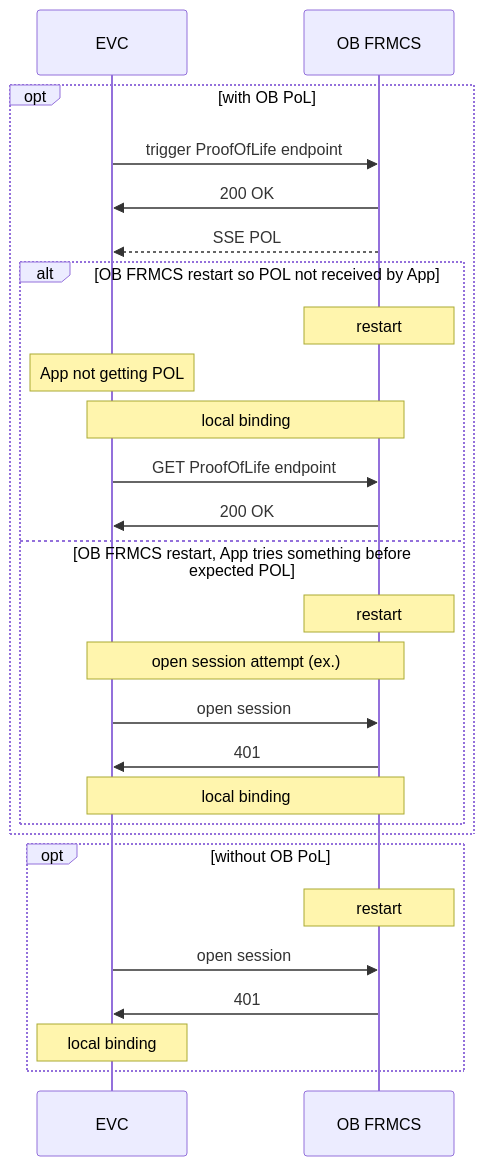
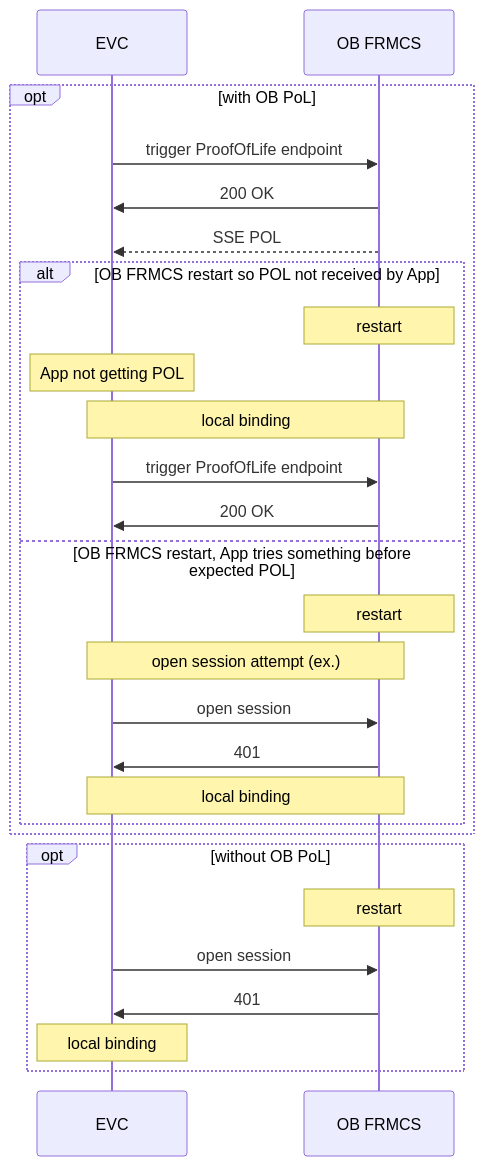
The second of 6 diagrams in API/KeepAlive.md (UICrail/FRMCSSandbox), drawn with Mermaid before and after one commit. The commit also changed other lines of this file, not shown here.

````diff
--- a/API/KeepAlive.md
+++ b/API/KeepAlive.md
@@ -31,32 +31,33 @@
 ```mermaid
 
 sequenceDiagram
 participant A as EVC
 participant O as OB FRMCS
 
 opt with OB PoL
   A->> O: trigger ProofOfLife endpoint
   O->>A: 200 OK
   O-->>A:  SSE POL
   alt OB FRMCS restart so POL not received by App
     Note over O:  restart
     Note over A:  App not getting POL
+    %O--xA: SSE POL
     Note over A,O:  local binding
-    A->> O: GET ProofOfLife endpoint
+    A->> O: trigger ProofOfLife endpoint
     O->>A: 200 OK
   else OB FRMCS restart, App tries something before expected POL
     Note over O:  restart
     Note over A,O: open session attempt (ex.)
     A->>O: open session
     O->>A:  401
     Note over A,O: local binding
   end
 end
 
 opt without OB PoL
   Note over O:  restart
   A->>O: open session
   O->>A:  401
   Note over A: local binding
 end  
 ```
````
